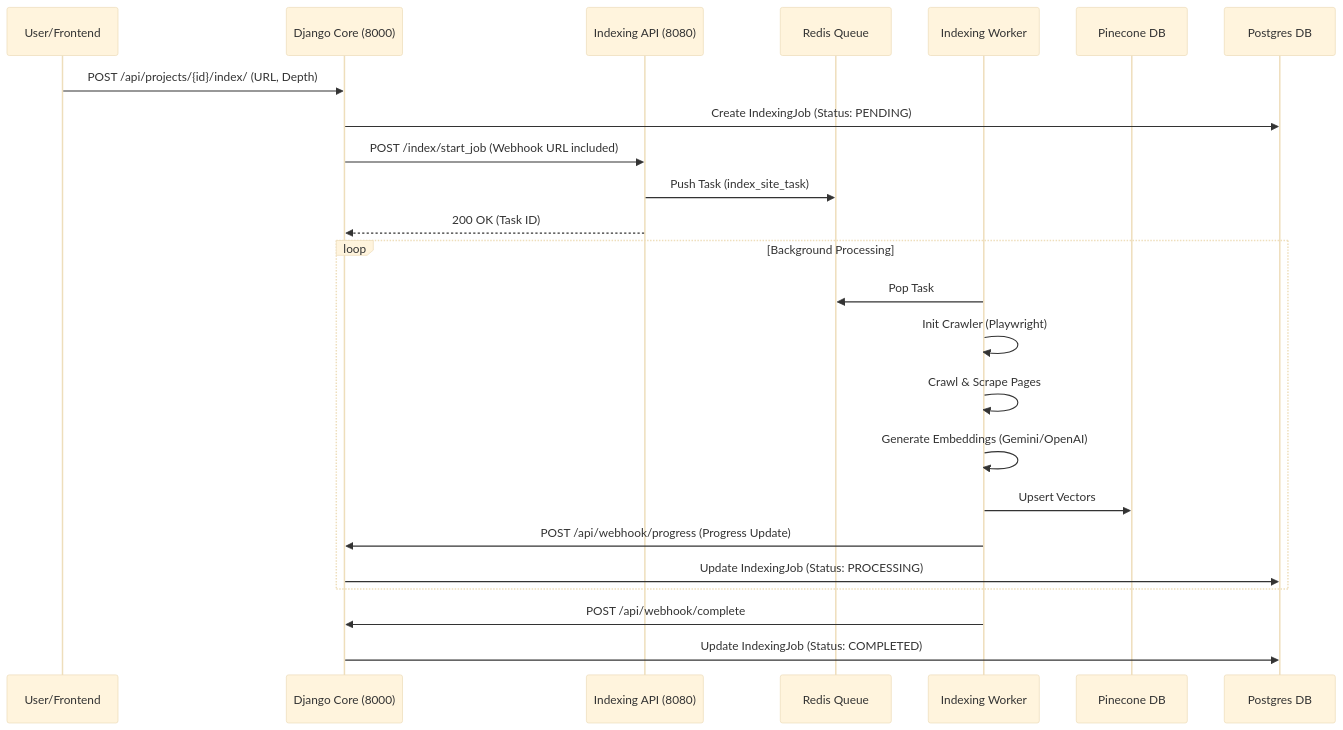
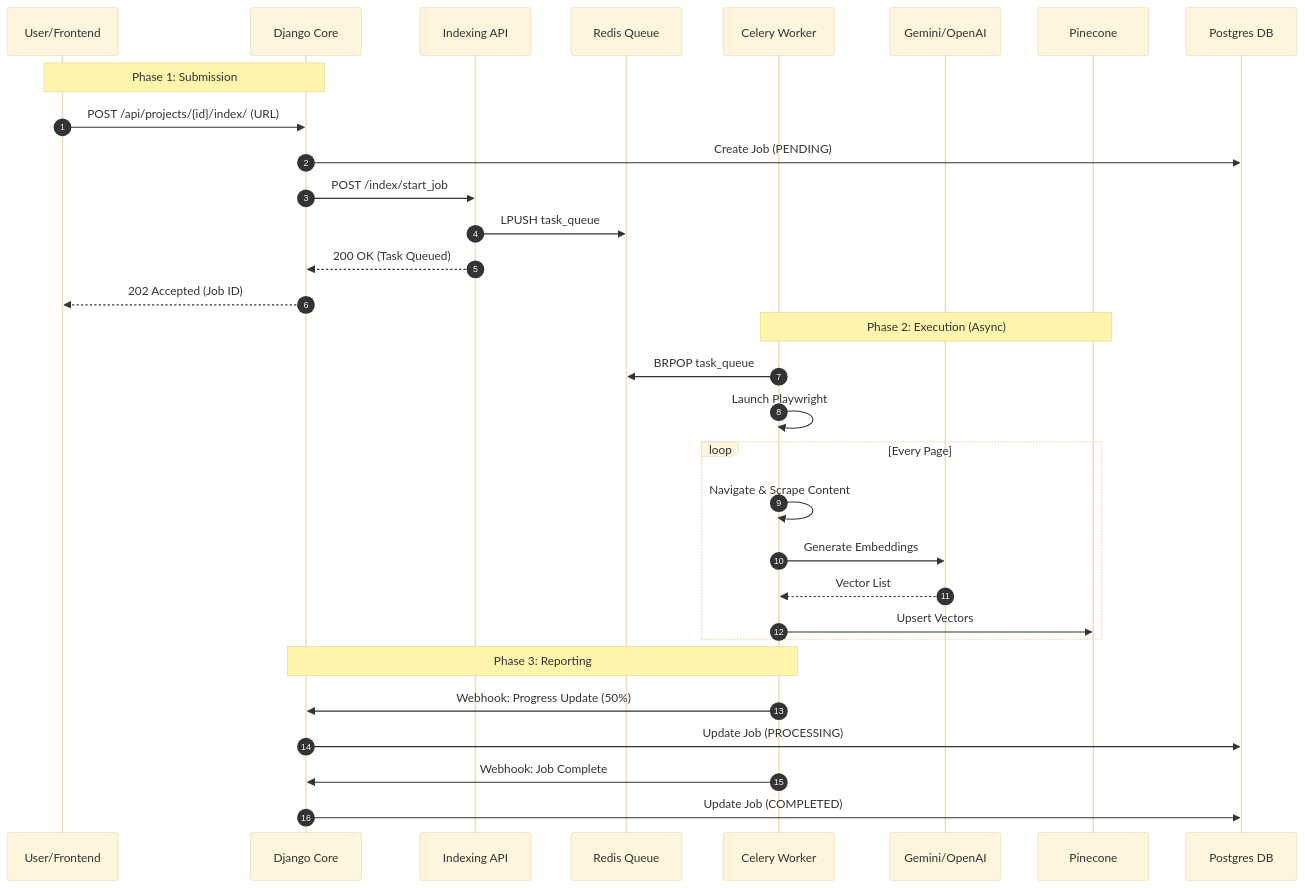
The third of 4 diagrams in Architecture.md (riteshthawkar/lawa-agent-studio-unified), drawn with Mermaid (base theme) before and after one commit. The commit also changed other lines of this file and 1 other file, not shown here.

````diff
--- a/Architecture.md
+++ b/Architecture.md
@@ -52,29 +123,38 @@
 ```mermaid
 sequenceDiagram
+    autonumber
     participant User as User/Frontend
-    participant Django as Django Core (8000)
-    participant IndexAPI as Indexing API (8080)
+    participant Django as Django Core
+    participant IndexAPI as Indexing API
     participant Redis as Redis Queue
-    participant Worker as Indexing Worker
-    participant Pinecone as Pinecone DB
+    participant Worker as Celery Worker
+    participant Embed as Gemini/OpenAI
+    participant Pinecone as Pinecone
     participant DB as Postgres DB
 
-    User->>Django: POST /api/projects/{id}/index/ (URL, Depth)
-    Django->>DB: Create IndexingJob (Status: PENDING)
-    Django->>IndexAPI: POST /index/start_job (Webhook URL included)
-    IndexAPI->>Redis: Push Task (index_site_task)
-    IndexAPI-->>Django: 200 OK (Task ID)
+    note over User, Django: Phase 1: Submission
+    User->>Django: POST /api/projects/{id}/index/ (URL)
+    Django->>DB: Create Job (PENDING)
+    Django->>IndexAPI: POST /index/start_job
+    IndexAPI->>Redis: LPUSH task_queue
+    IndexAPI-->>Django: 200 OK (Task Queued)
+    Django-->>User: 202 Accepted (Job ID)
+
+    note over Worker, Pinecone: Phase 2: Execution (Async)
+    Worker->>Redis: BRPOP task_queue
+    Worker->>Worker: Launch Playwright
     
-    loop Background Processing
-        Worker->>Redis: Pop Task
-        Worker->>Worker: Init Crawler (Playwright)
-        Worker->>Worker: Crawl & Scrape Pages
-        Worker->>Worker: Generate Embeddings (Gemini/OpenAI)
+    loop Every Page
+        Worker->>Worker: Navigate & Scrape Content
+        Worker->>Embed: Generate Embeddings
+        Embed-->>Worker: Vector List
         Worker->>Pinecone: Upsert Vectors
-        Worker->>Django: POST /api/webhook/progress (Progress Update)
-        Django->>DB: Update IndexingJob (Status: PROCESSING)
     end
 
-    Worker->>Django: POST /api/webhook/complete
-    Django->>DB: Update IndexingJob (Status: COMPLETED)
+    note over Worker, Django: Phase 3: Reporting
+    Worker->>Django: Webhook: Progress Update (50%)
+    Django->>DB: Update Job (PROCESSING)
+    
+    Worker->>Django: Webhook: Job Complete
+    Django->>DB: Update Job (COMPLETED)
 ```
````
